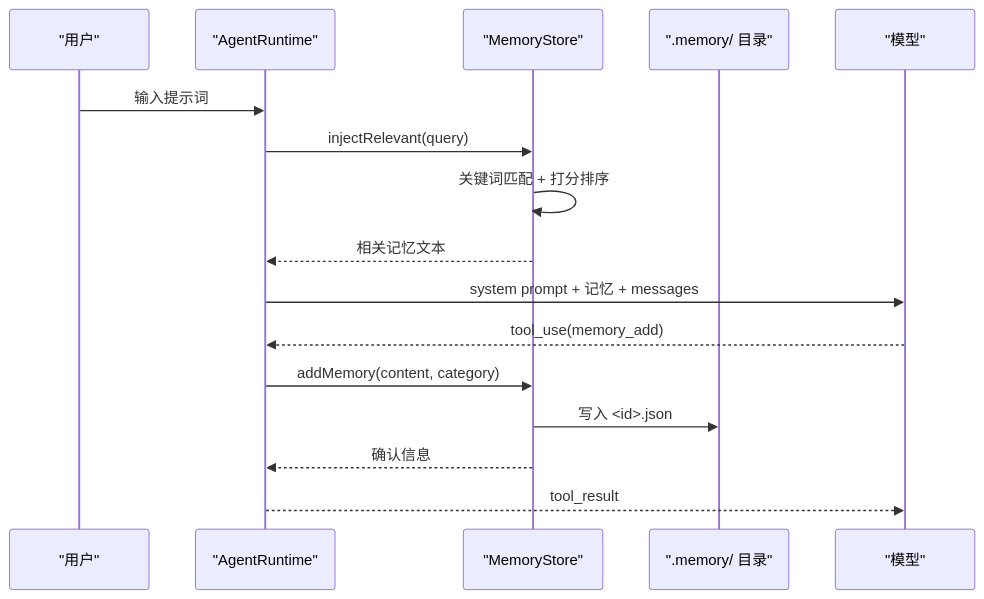
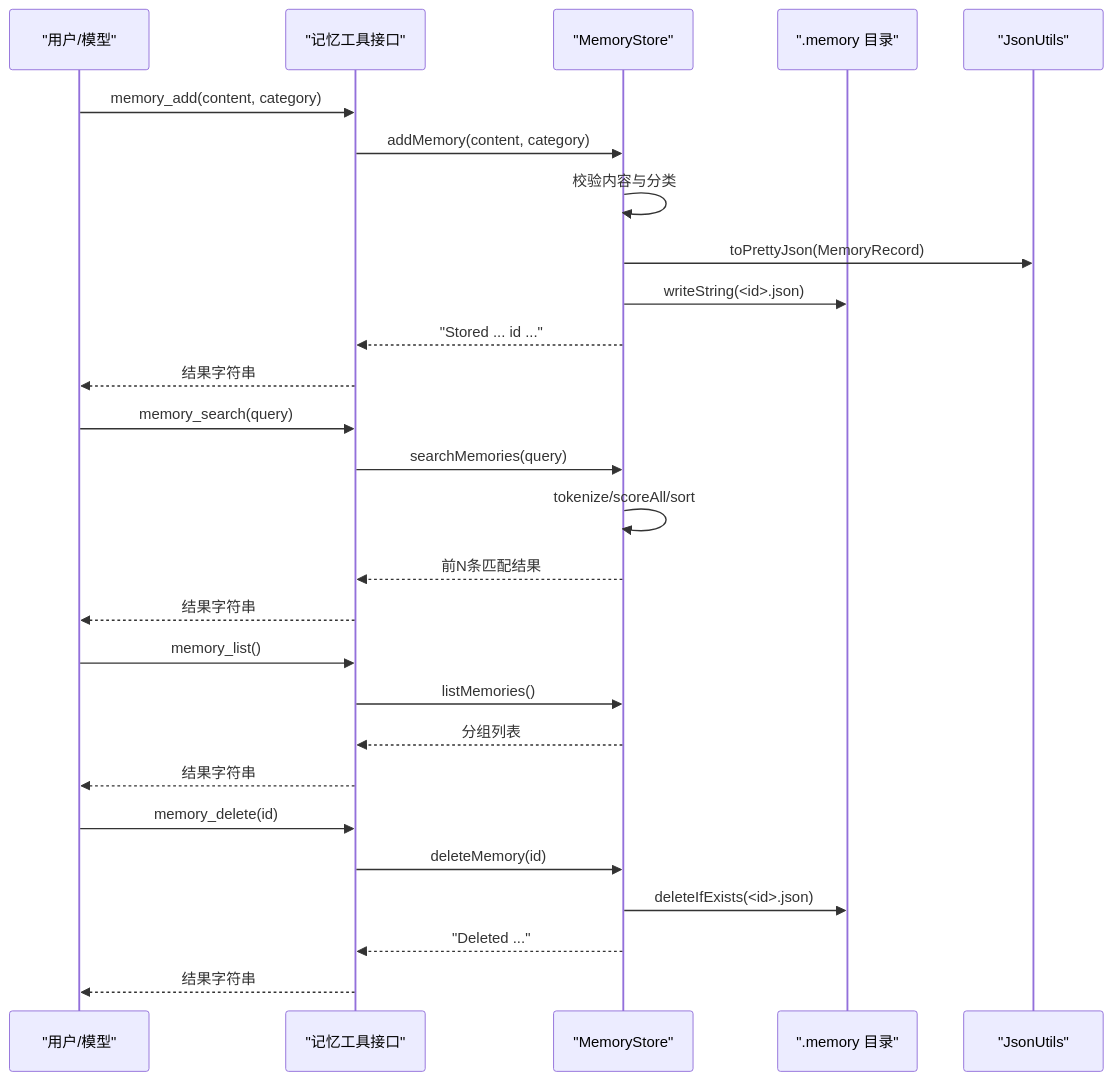
Before and after one commit to chenlds1994/learn-claude-code-java: the second of 7 diagrams in .qoder/repowiki/zh/content/学习阶段详解/S09_ 记忆系统.md, drawn with Mermaid. The commit also changed other lines of this file and 143 other files, not shown here.

First line of the commit message:
更新 repowiki 与 drawio 教程图至 17 阶段结构

````diff
--- a/.qoder/repowiki/zh/content/学习阶段详解/S09_ 记忆系统.md
+++ b/.qoder/repowiki/zh/content/学习阶段详解/S09_ 记忆系统.md
@@ -92,18 +90,29 @@
 ```mermaid
 sequenceDiagram
-participant U as "用户"
-participant RT as "AgentRuntime"
-participant MS as "MemoryStore"
-participant FS as ".memory/ 目录"
-participant M as "模型"
-U->>RT : 输入提示词
-RT->>MS : injectRelevant(query)
-MS->>MS : 关键词匹配 + 打分排序
-MS-->>RT : 相关记忆文本
-RT->>M : system prompt + 记忆 + messages
-M-->>RT : tool_use(memory_add)
-RT->>MS : addMemory(content, category)
-MS->>FS : 写入 <id>.json
-MS-->>RT : 确认信息
-RT-->>M : tool_result
+participant User as "用户/模型"
+participant API as "记忆工具接口"
+participant Store as "MemoryStore"
+participant FS as ".memory 目录"
+participant JSON as "JsonUtils"
+User->>API : memory_add(content, category)
+API->>Store : addMemory(content, category)
+Store->>Store : 校验内容与分类
+Store->>JSON : toPrettyJson(MemoryRecord)
+Store->>FS : writeString(<id>.json)
+Store-->>API : "Stored ... id ..."
+API-->>User : 结果字符串
+User->>API : memory_search(query)
+API->>Store : searchMemories(query)
+Store->>Store : tokenize/scoreAll/sort
+Store-->>API : 前N条匹配结果
+API-->>User : 结果字符串
+User->>API : memory_list()
+API->>Store : listMemories()
+Store-->>API : 分组列表
+API-->>User : 结果字符串
+User->>API : memory_delete(id)
+API->>Store : deleteMemory(id)
+Store->>FS : deleteIfExists(<id>.json)
+Store-->>API : "Deleted ..."
+API-->>User : 结果字符串
 ```
````
